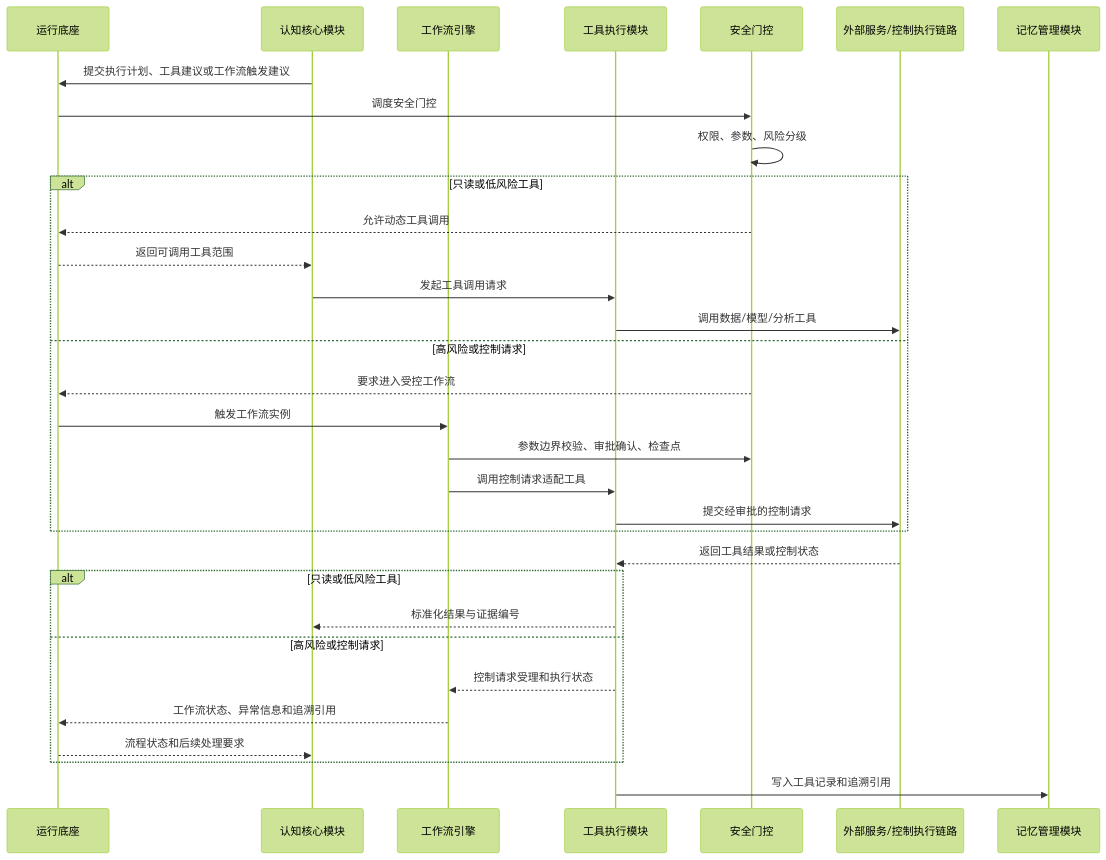
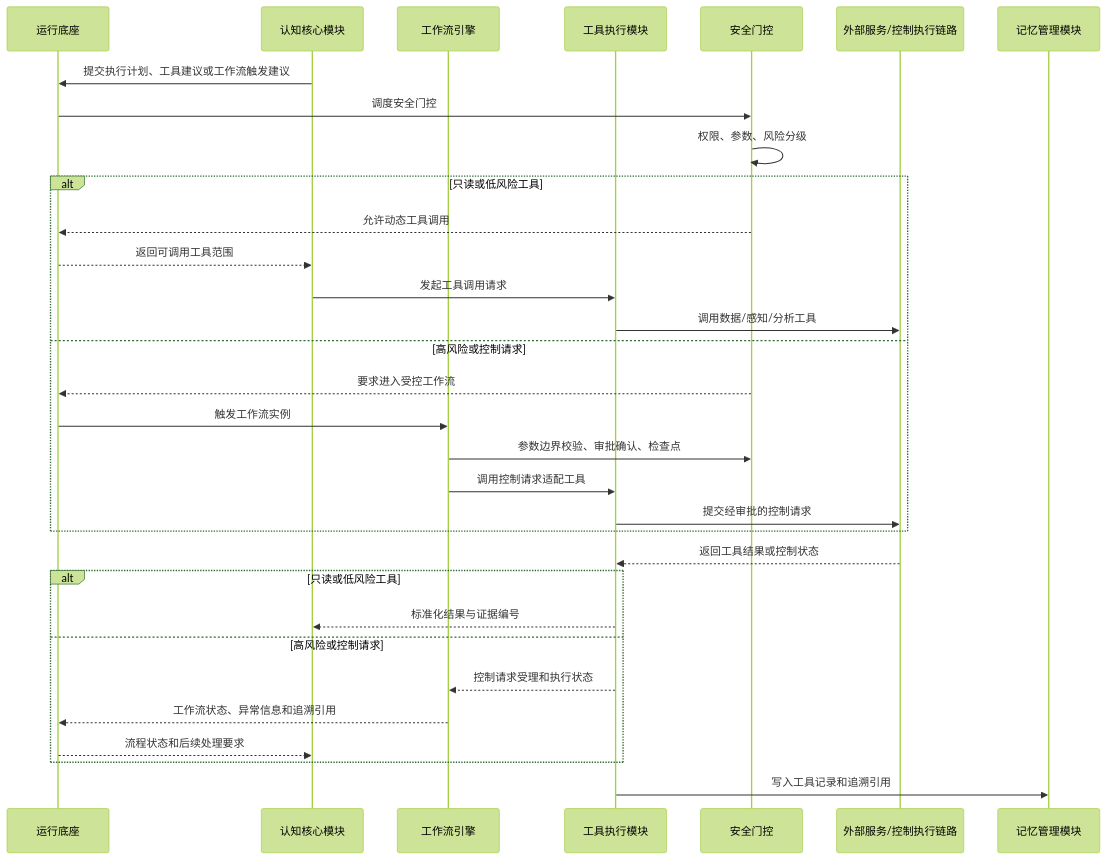
The sixth of 7 diagrams in radar agent/4.3.3.2 LD智能体子系统技术方案.md (StormSeven1/obsidian-vault), drawn with Mermaid (forest theme) before and after one commit. The commit also changed other lines of this file, not shown here.

````diff
--- a/radar agent/4.3.3.2 LD智能体子系统技术方案.md
+++ b/radar agent/4.3.3.2 LD智能体子系统技术方案.md
@@ -420,35 +420,35 @@
 ```mermaid
 sequenceDiagram
     participant H as 运行底座
     participant C as 认知核心模块
     participant W as 工作流引擎
     participant T as 工具执行模块
     participant G as 安全门控
     participant R as 外部服务/控制执行链路
     participant M as 记忆管理模块
 
     C->>H: 提交执行计划、工具建议或工作流触发建议
     H->>G: 调度安全门控
     G->>G: 权限、参数、风险分级
     alt 只读或低风险工具
         G-->>H: 允许动态工具调用
         H-->>C: 返回可调用工具范围
         C->>T: 发起工具调用请求
-        T->>R: 调用数据/模型/分析工具
+        T->>R: 调用数据/感知/分析工具
     else 高风险或控制请求
         G-->>H: 要求进入受控工作流
         H->>W: 触发工作流实例
         W->>G: 参数边界校验、审批确认、检查点
         W->>T: 调用控制请求适配工具
         T->>R: 提交经审批的控制请求
     end
     R-->>T: 返回工具结果或控制状态
     alt 只读或低风险工具
         T-->>C: 标准化结果与证据编号
     else 高风险或控制请求
         T-->>W: 控制请求受理和执行状态
         W-->>H: 工作流状态、异常信息和追溯引用
         H-->>C: 流程状态和后续处理要求
     end
     T->>M: 写入工具记录和追溯引用
 ```
````
